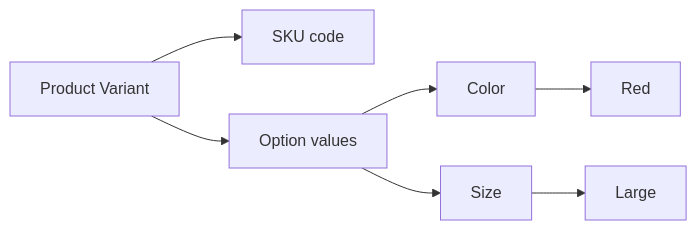
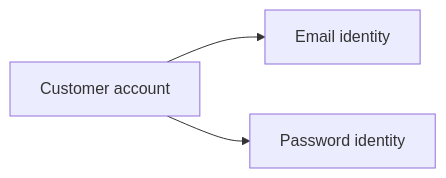
One commit to wrtnlabs/autobe-examples changed the second of 32 diagrams in openai/gpt-5.4-mini/shopping/docs/analysis/02-domain-model.md. Above: the diagram before and after it, drawn with Mermaid. The commit also changed other lines of this file and 9017 other files, not shown here.

````diff
--- a/openai/gpt-5.4-mini/shopping/docs/analysis/02-domain-model.md
+++ b/openai/gpt-5.4-mini/shopping/docs/analysis/02-domain-model.md
@@ -308,9 +36,5 @@
 ```mermaid
 flowchart LR
-    A["Product Variant"] --> B["SKU code"]
-    A --> C["Option values"]
-    C --> D["Color"]
-    C --> E["Size"]
-    D --> F["Red"]
-    E --> G["Large"]
+    A["Customer account"] --> B["Email identity"]
+    A --> C["Password identity"]
 ```
````
